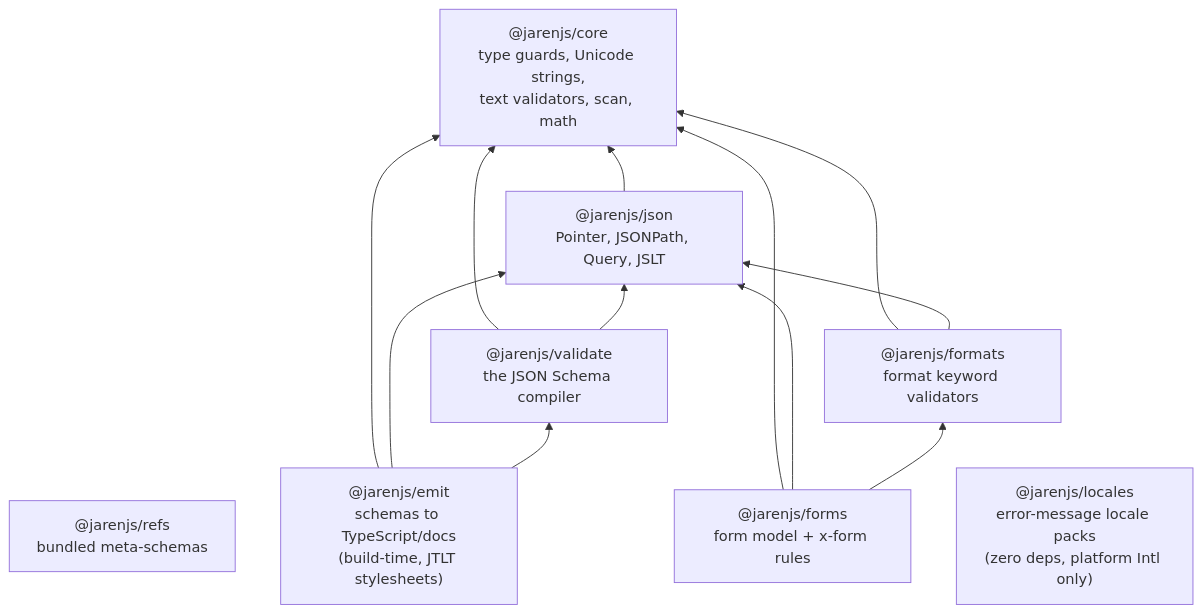
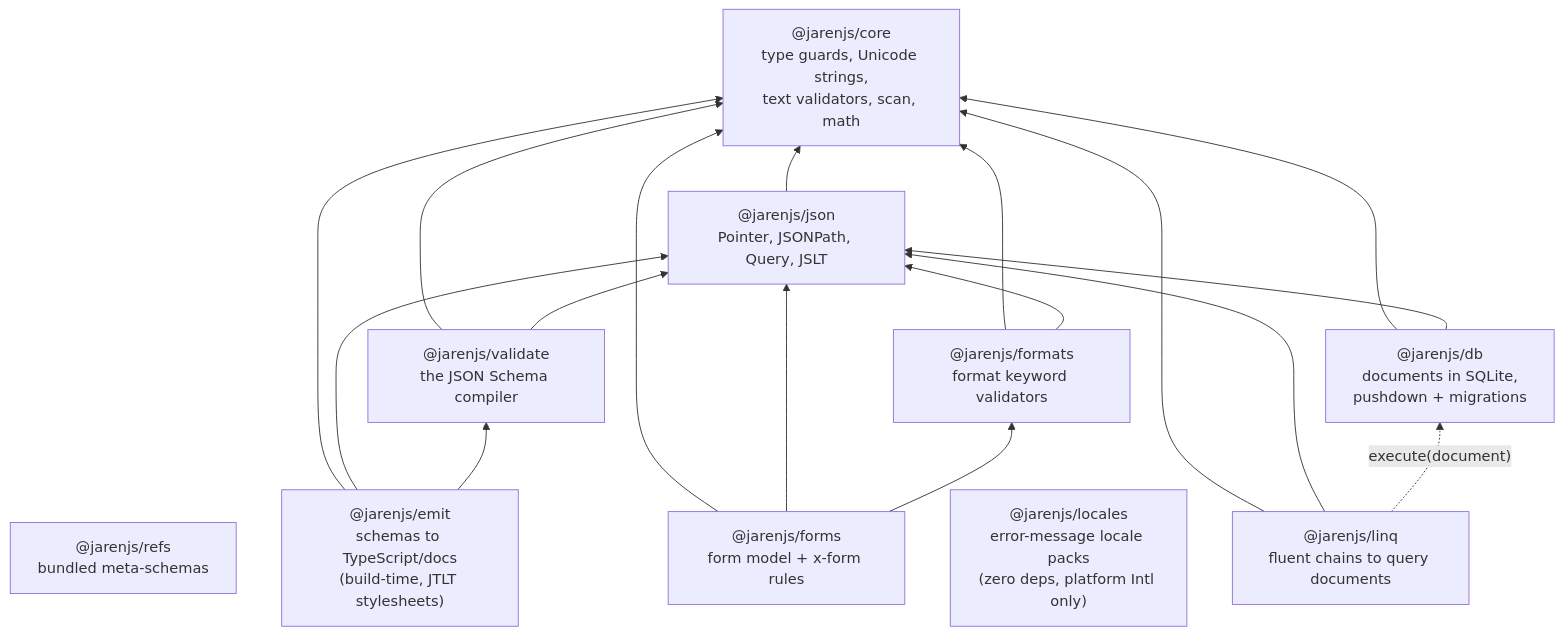
Before and after one commit to jklarenbeek/jarenjs: the first of 2 diagrams in docs/ARCHITECTURE.md, drawn with Mermaid. The commit also changed other lines of this file and 38 other files, not shown here.

````diff
--- a/docs/ARCHITECTURE.md
+++ b/docs/ARCHITECTURE.md
@@ -40,23 +40,30 @@
 ```mermaid
 flowchart BT
     CORE["@jarenjs/core<br/>type guards, Unicode strings,<br/>text validators, scan, math"]
     JSON["@jarenjs/json<br/>Pointer, JSONPath, Query, JSLT"]
     VALIDATE["@jarenjs/validate<br/>the JSON Schema compiler"]
     FORMATS["@jarenjs/formats<br/>format keyword validators"]
     REFS["@jarenjs/refs<br/>bundled meta-schemas"]
     EMIT["@jarenjs/emit<br/>schemas to TypeScript/docs<br/>(build-time, JTLT stylesheets)"]
     FORMS["@jarenjs/forms<br/>form model + x-form rules"]
     LOCALES["@jarenjs/locales<br/>error-message locale packs<br/>(zero deps, platform Intl only)"]
+    LINQ["@jarenjs/linq<br/>fluent chains to query documents"]
+    DB["@jarenjs/db<br/>documents in SQLite,<br/>pushdown + migrations"]
 
     JSON --> CORE
     VALIDATE --> CORE
     VALIDATE --> JSON
     FORMATS --> CORE
     FORMATS --> JSON
     EMIT --> CORE
     EMIT --> JSON
     EMIT --> VALIDATE
     FORMS --> CORE
     FORMS --> JSON
     FORMS --> FORMATS
+    LINQ --> CORE
+    LINQ --> JSON
+    DB --> CORE
+    DB --> JSON
+    LINQ -. "execute(document)" .-> DB
 ```
````
